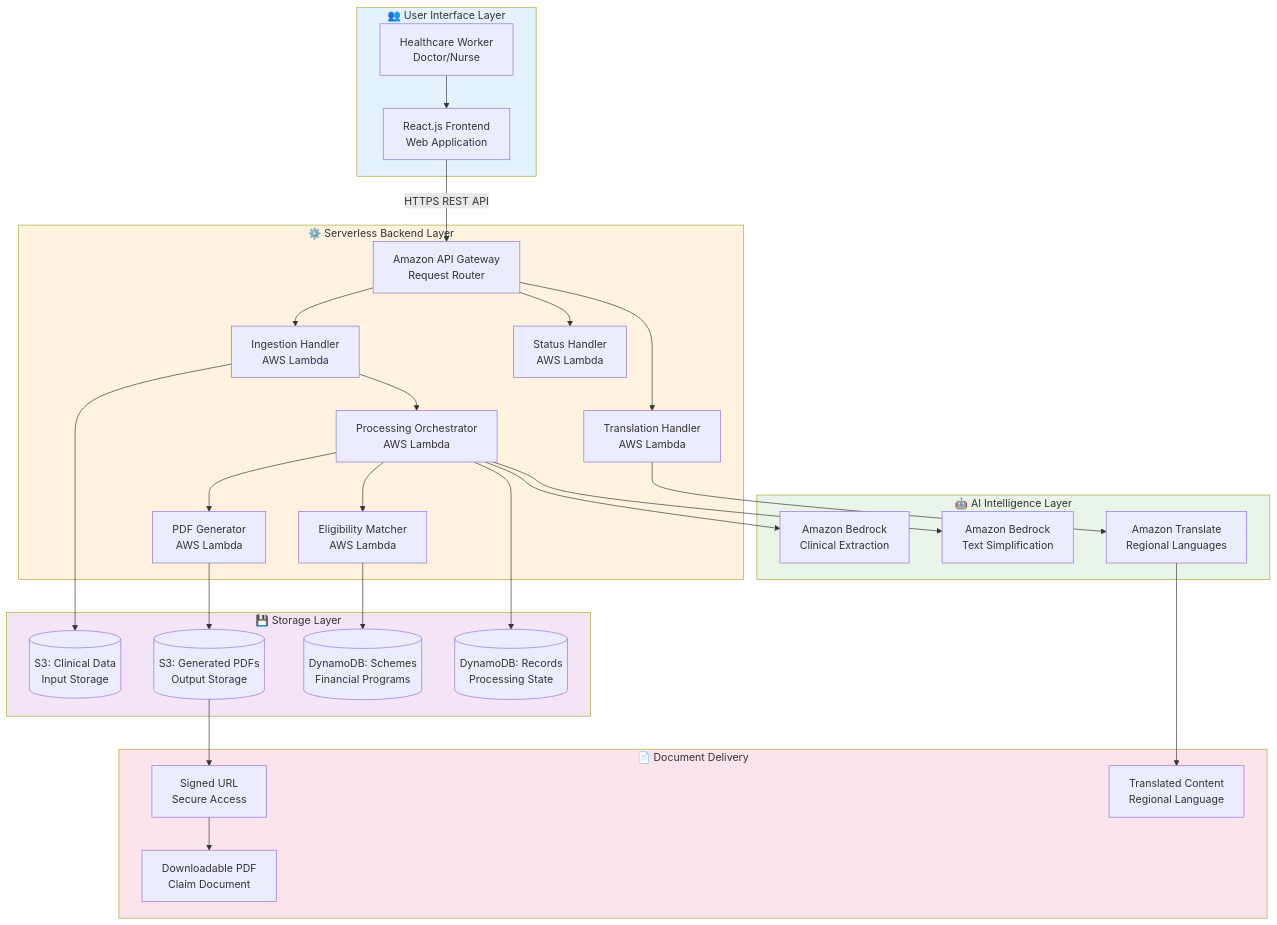
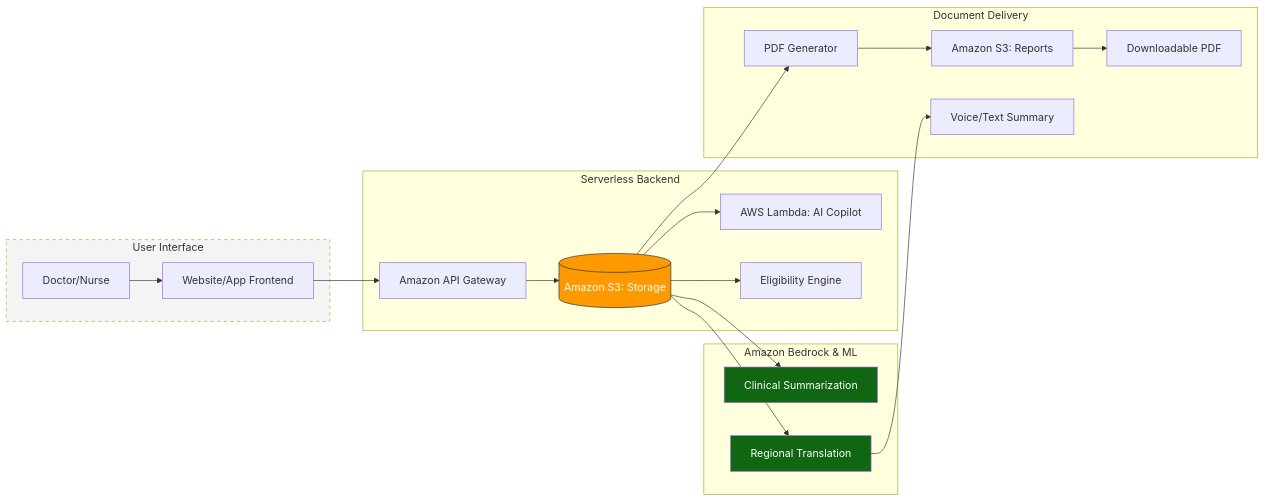
The first of 2 diagrams in design.md (eds-kunal/gramin-genie), drawn with Mermaid before and after one commit. The commit also changed other lines of this file, not shown here.

````diff
--- a/design.md
+++ b/design.md
@@ -41,42 +30,37 @@
 ```mermaid
-graph TB
-    subgraph User_Layer["👥 User Interface Layer"]
-        A[Healthcare Worker<br/>Doctor/Nurse] --> B[React.js Frontend<br/>Web Application]
+graph LR
+    %% User & Frontend Layer
+    subgraph Client_Side [User Interface]
+        A[Doctor/Nurse] --> B[Website/App Frontend]
     end
 
-    B -->|HTTPS REST API| C[Amazon API Gateway<br/>Request Router]
+    %% Gateway
+    B --> C[Amazon API Gateway]
 
-    subgraph Backend_Layer["⚙️ Serverless Backend Layer"]
-        C --> D[Ingestion Handler<br/>AWS Lambda]
-        D --> E[Processing Orchestrator<br/>AWS Lambda]
-        E --> F[Eligibility Matcher<br/>AWS Lambda]
-        E --> G[PDF Generator<br/>AWS Lambda]
-        C --> H[Translation Handler<br/>AWS Lambda]
-        C --> I[Status Handler<br/>AWS Lambda]
+    %% The Orchestration Layer
+    subgraph Backend [Serverless Backend]
+        C --> D[(Amazon S3: Storage)]
+        D --> E[AWS Lambda: AI Copilot]
+        D --> I[Eligibility Engine]
     end
 
-    subgraph Storage_Layer["💾 Storage Layer"]
-        D --> J[(S3: Clinical Data<br/>Input Storage)]
-        G --> K[(S3: Generated PDFs<br/>Output Storage)]
-        F --> L[(DynamoDB: Schemes<br/>Financial Programs)]
-        E --> M[(DynamoDB: Records<br/>Processing State)]
+    %% The Intelligence (The Genie)
+    subgraph AI_Intelligence [Amazon Bedrock & ML]
+        D --> G[Clinical Summarization]
+        D --> H[Regional Translation]
     end
 
-    subgraph AI_Layer["🤖 AI Intelligence Layer"]
-        E --> N[Amazon Bedrock<br/>Clinical Extraction]
-        E --> O[Amazon Bedrock<br/>Text Simplification]
-        H --> P[Amazon Translate<br/>Regional Languages]
+    %% The Output Layer
+    subgraph Delivery [Document Delivery]
+        D --> J[PDF Generator]
+        J --> F[Amazon S3: Reports]
+        F --> K[Downloadable PDF]
+        H --> L[Voice/Text Summary]
     end
 
-    subgraph Output_Layer["📄 Document Delivery"]
-        K --> Q[Signed URL<br/>Secure Access]
-        Q --> R[Downloadable PDF<br/>Claim Document]
-        P --> S[Translated Content<br/>Regional Language]
-    end
-
-    style User_Layer fill:#e3f2fd
-    style Backend_Layer fill:#fff3e0
-    style Storage_Layer fill:#f3e5f5
-    style AI_Layer fill:#e8f5e9
-    style Output_Layer fill:#fce4ec
+    %% Styling for visual appeal
+    style D fill:#ff9900,stroke:#232f3e,color:#fff
+    style G fill:#116611,color:#fff
+    style H fill:#116611,color:#fff
+    style Client_Side fill:#f4f4f4,stroke-dasharray: 5 5
 ```
````
